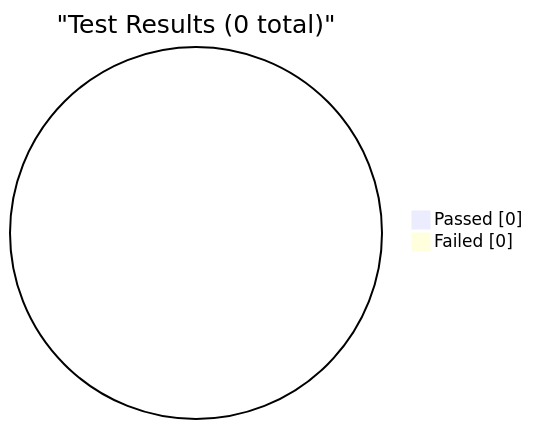
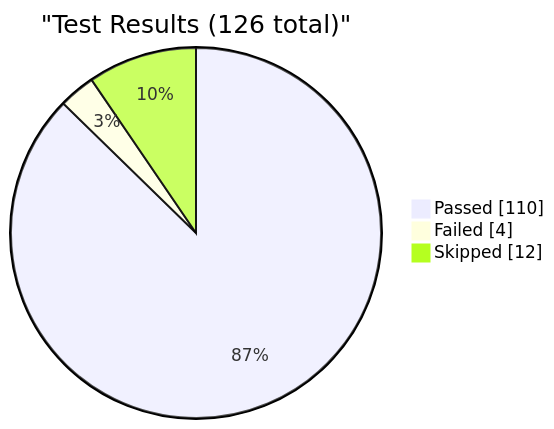
Before and after one commit to EliteaAI/onetest-ai-tm-Elitea: the first of 3 diagrams in reports/dashboard.md, drawn with Mermaid. The commit also changed other lines of this file, not shown here.

Commit message:
dashboard: update test metrics

````diff
--- a/reports/dashboard.md
+++ b/reports/dashboard.md
@@ -9,6 +9,7 @@
 ```mermaid
 pie showData
-    title "Test Results (0 total)"
-    "Passed" : 0
-    "Failed" : 0
+    title "Test Results (126 total)"
+    "Passed" : 110
+    "Failed" : 4
+    "Skipped" : 12
 ```
````
